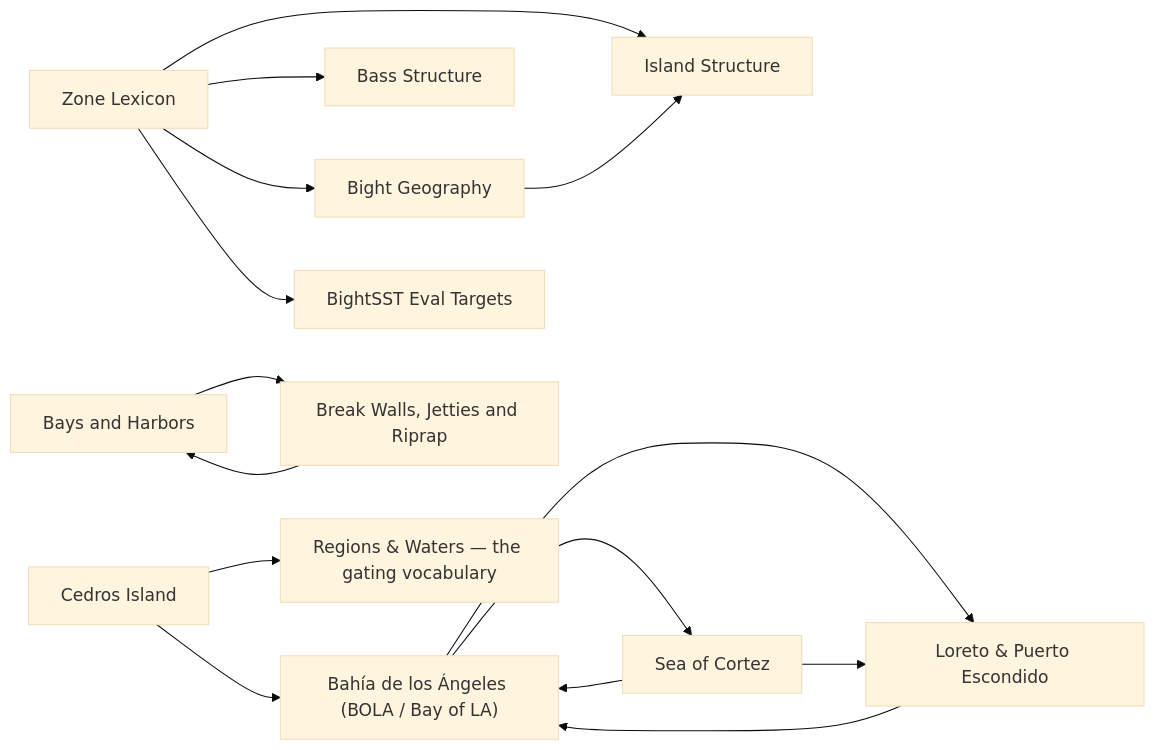
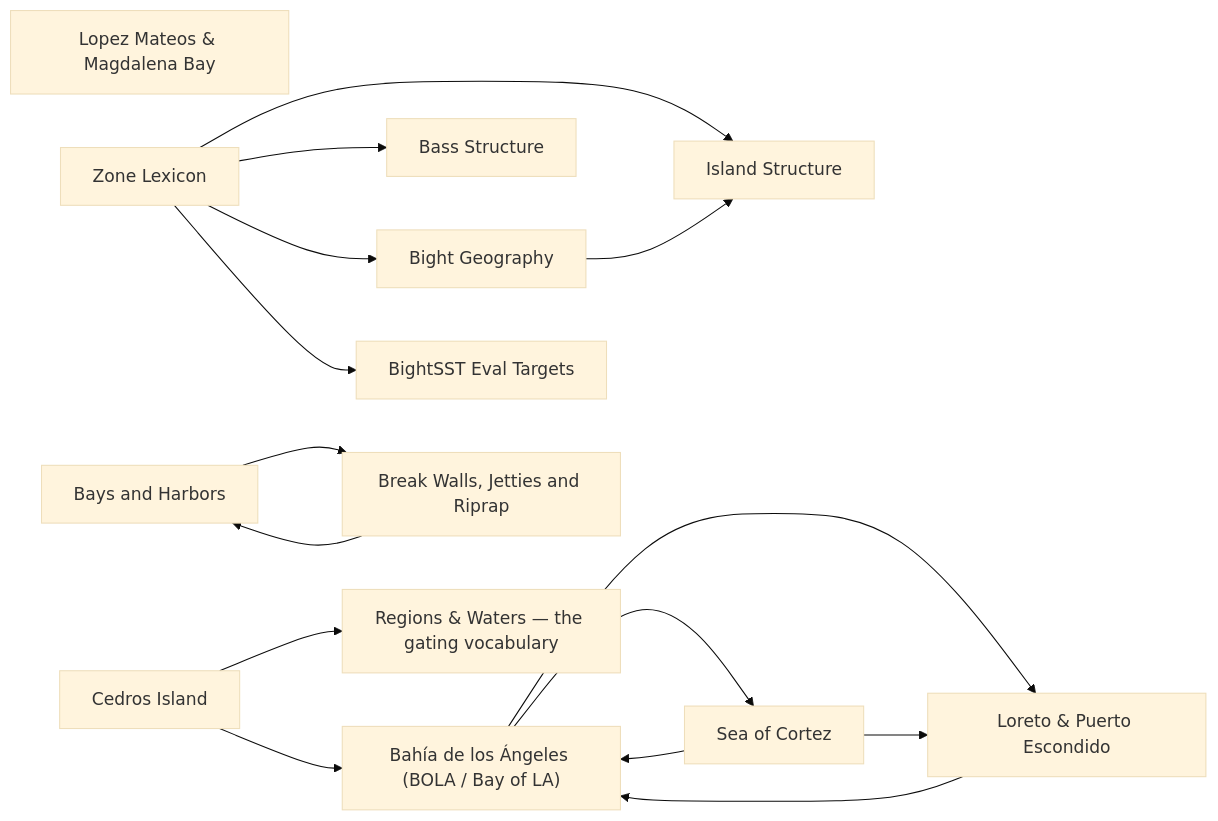
One commit to camchuckpete-max/Socal-Fishing-Knowledge changed the diagram in locations/README.md. Above: the diagram before and after it, drawn with Mermaid (base theme). The commit also changed other lines of this file and 12 other files, not shown here.

````diff
--- a/locations/README.md
+++ b/locations/README.md
@@ -25,29 +26,30 @@
 ```mermaid
 graph LR
   n0["Bahía de los Ángeles (BOLA / Bay of LA)"]
-  n1["Bass Structure"]
-  n2["Bays and Harbors"]
-  n3["Bight Geography"]
-  n4["BightSST Eval Targets"]
-  n5["Break Walls, Jetties and Riprap"]
-  n6["Cedros Island"]
-  n7["Island Structure"]
-  n8["Loreto & Puerto Escondido"]
-  n9["Regions & Waters — the gating vocabulary"]
-  n10["Sea of Cortez"]
-  n11["Zone Lexicon"]
-  n0 --> n10
-  n0 --> n8
-  n10 --> n0
-  n10 --> n8
-  n11 --> n1
-  n11 --> n3
-  n11 --> n4
-  n11 --> n7
-  n2 --> n5
-  n3 --> n7
-  n5 --> n2
-  n6 --> n0
-  n6 --> n9
-  n8 --> n0
+  n1["Lopez Mateos & Magdalena Bay"]
+  n2["Bass Structure"]
+  n3["Bays and Harbors"]
+  n4["Bight Geography"]
+  n5["BightSST Eval Targets"]
+  n6["Break Walls, Jetties and Riprap"]
+  n7["Cedros Island"]
+  n8["Island Structure"]
+  n9["Loreto & Puerto Escondido"]
+  n10["Regions & Waters — the gating vocabulary"]
+  n11["Sea of Cortez"]
+  n12["Zone Lexicon"]
+  n0 --> n11
+  n0 --> n9
+  n11 --> n0
+  n11 --> n9
+  n12 --> n2
+  n12 --> n4
+  n12 --> n5
+  n12 --> n8
+  n3 --> n6
+  n4 --> n8
+  n6 --> n3
+  n7 --> n0
+  n7 --> n10
+  n9 --> n0
 ```
````
